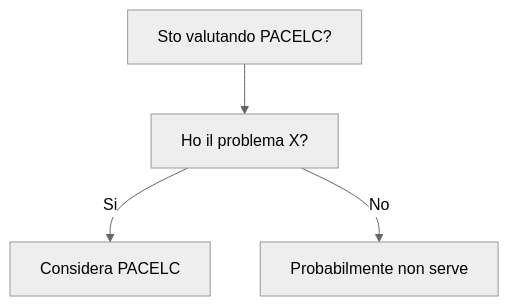
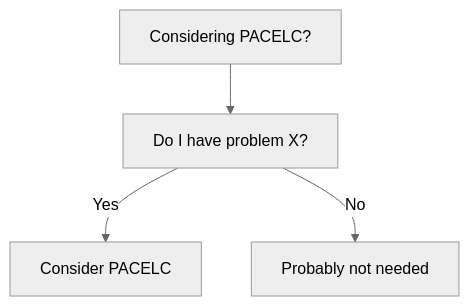
Before and after one commit to HxT9/Software-Dev-Wiki: the diagram in dev-wiki/05_Distributed_Systems/PACELC/When_To_Use.md, drawn with Mermaid (neutral theme). The commit also changed other lines of this file and 3444 other files, not shown here.

````diff
--- a/dev-wiki/05_Distributed_Systems/PACELC/When_To_Use.md
+++ b/dev-wiki/05_Distributed_Systems/PACELC/When_To_Use.md
@@ -19,6 +19,6 @@
 ```mermaid
 flowchart TD
-  Q[Sto valutando PACELC?] --> Q1[Ho il problema X?]
-  Q1 -->|Si| OK[Considera PACELC]
-  Q1 -->|No| NO[Probabilmente non serve]
+  Q[Considering PACELC?] --> Q1[Do I have problem X?]
+  Q1 -->|Yes| OK[Consider PACELC]
+  Q1 -->|No| NO[Probably not needed]
 ```
````
